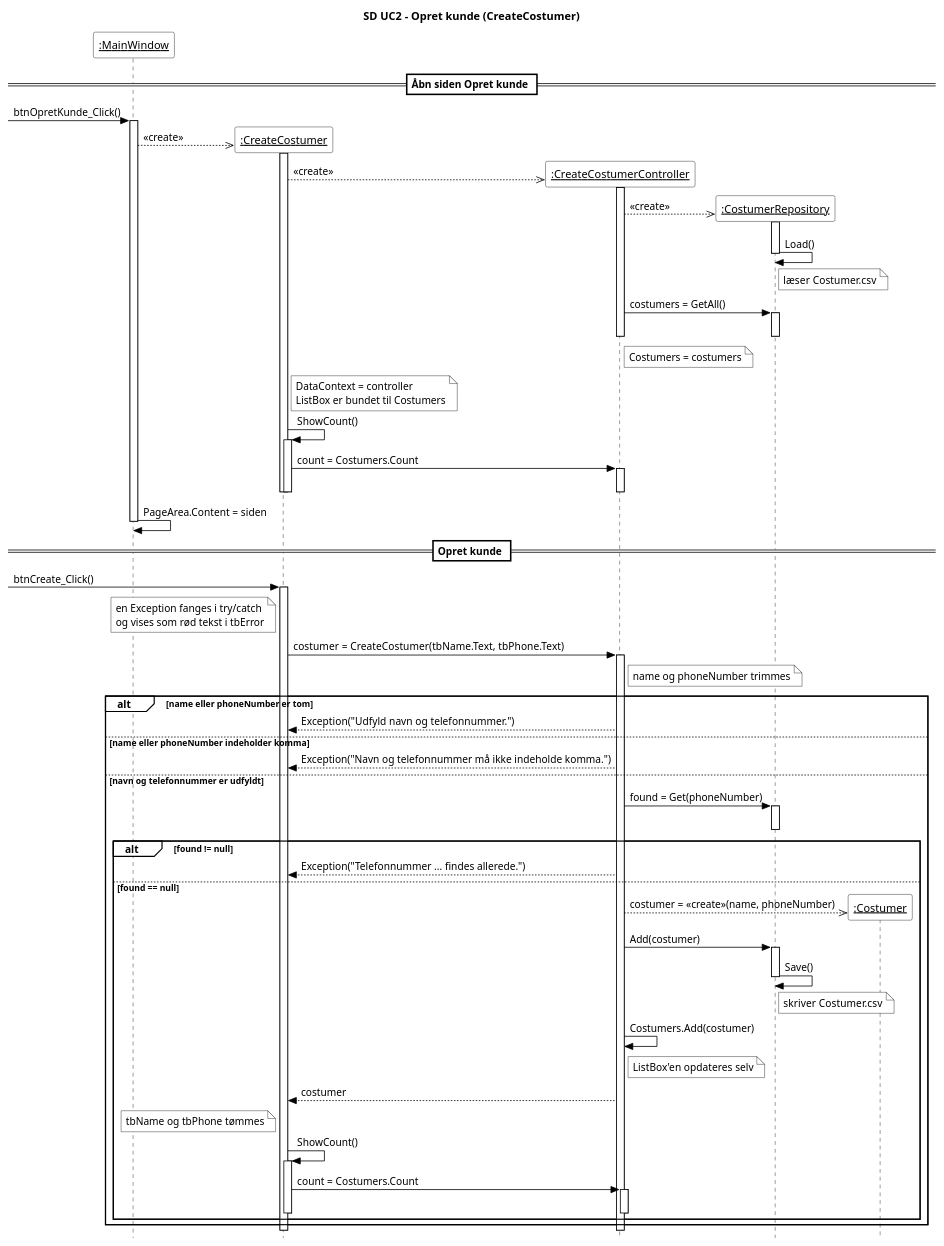
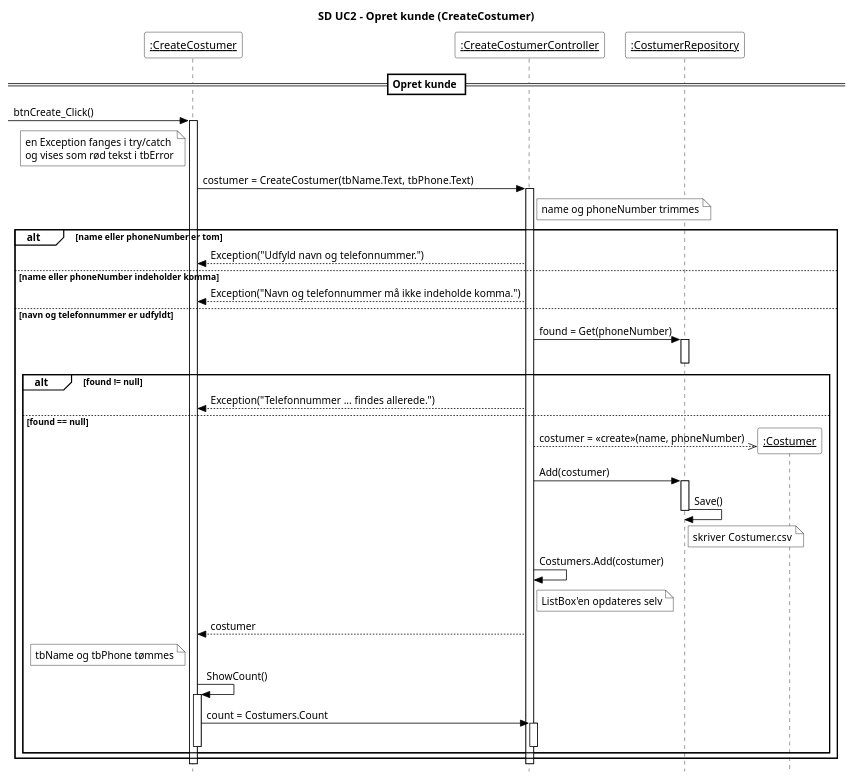
One commit to Zoabz/Getting-Real changed the diagram in 6. Sekvens Diagrammer/Sprint 1/UC2_opret_kunde.puml. Above: the diagram before and after it, drawn with PlantUML. The commit also changed 8 other files, not shown here.

```diff
--- a/6. Sekvens Diagrammer/Sprint 1/UC2_opret_kunde.puml
+++ b/6. Sekvens Diagrammer/Sprint 1/UC2_opret_kunde.puml
@@ -1,116 +1,78 @@
 @startuml
 ' SD i samme stil som undervisningens SD for RegisterGuest (Pr20)
 ' Opdateret ud fra siden Opret kunde i WPF-programmet (Views/CreateCostumer)
 skinparam style strictuml
 skinparam ParticipantBackgroundColor white
 skinparam ParticipantBorderColor black
 skinparam ArrowColor black
 skinparam SequenceLifeLineBorderColor black
 skinparam SequenceGroupBackgroundColor white
 skinparam SequenceGroupBorderColor black
 skinparam SequenceDividerBackgroundColor white
 skinparam SequenceDividerBorderColor black
 skinparam SequenceReferenceBackgroundColor white
 skinparam SequenceReferenceBorderColor black
 skinparam NoteBackgroundColor white
 skinparam NoteBorderColor black
 skinparam ActivationBackgroundColor white
 skinparam shadowing false
 skinparam sequenceParticipant underline
 skinparam defaultFontName Arial
 hide footbox
 title SD UC2 - Opret kunde (CreateCostumer)
 
-participant ":MainWindow" as MW
-
-== Åbn siden Opret kunde ==
-[-> MW : btnOpretKunde_Click()
-activate MW
-
-create participant ":CreateCostumer" as V
-MW -->> V : «create»
-activate V
-
-create participant ":CreateCostumerController" as C
-V -->> C : «create»
-activate C
-
-create participant ":CostumerRepository" as R
-C -->> R : «create»
-activate R
-R -> R : Load()
-note right of R : læser Costumer.csv
-deactivate R
-
-C -> R : costumers = GetAll()
-activate R
-deactivate R
-note right of C : Costumers = costumers
-deactivate C
-
-note right of V
-  DataContext = controller
-  ListBox er bundet til Costumers
-end note
-V -> V : ShowCount()
-activate V
-V -> C : count = Costumers.Count
-activate C
-deactivate C
-deactivate V
-deactivate V
-
-MW -> MW : PageArea.Content = siden
-deactivate MW
+participant ":CreateCostumer" as V
+participant ":CreateCostumerController" as C
+participant ":CostumerRepository" as R
 
 == Opret kunde ==
 [-> V : btnCreate_Click()
 activate V
 note left of V : en Exception fanges i try/catch\nog vises som rød tekst i tbError
 
 V -> C : costumer = CreateCostumer(tbName.Text, tbPhone.Text)
 activate C
 note right of C : name og phoneNumber trimmes
 
 alt name eller phoneNumber er tom
     V <-- C : Exception("Udfyld navn og telefonnummer.")
 
 else name eller phoneNumber indeholder komma
     V <-- C : Exception("Navn og telefonnummer må ikke indeholde komma.")
 
 else navn og telefonnummer er udfyldt
     C -> R : found = Get(phoneNumber)
     activate R
     deactivate R
 
     alt found != null
         V <-- C : Exception("Telefonnummer ... findes allerede.")
 
     else found == null
         create participant ":Costumer" as K
         C -->> K : costumer = «create»(name, phoneNumber)
 
         C -> R : Add(costumer)
         activate R
         R -> R : Save()
         note right of R : skriver Costumer.csv
         deactivate R
 
         C -> C : Costumers.Add(costumer)
         note right of C : ListBox'en opdateres selv
 
         V <-- C : costumer
         note left of V : tbName og tbPhone tømmes
 
         V -> V : ShowCount()
         activate V
         V -> C : count = Costumers.Count
         activate C
         deactivate C
         deactivate V
     end
 end
 deactivate C
 deactivate V
 
 @enduml
```
